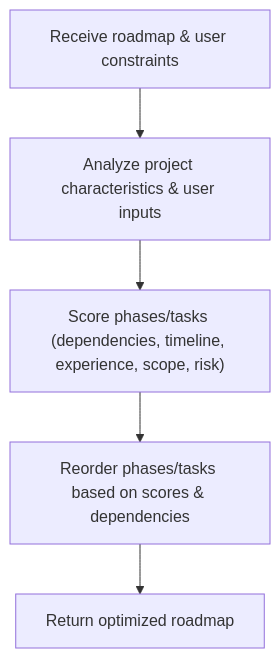
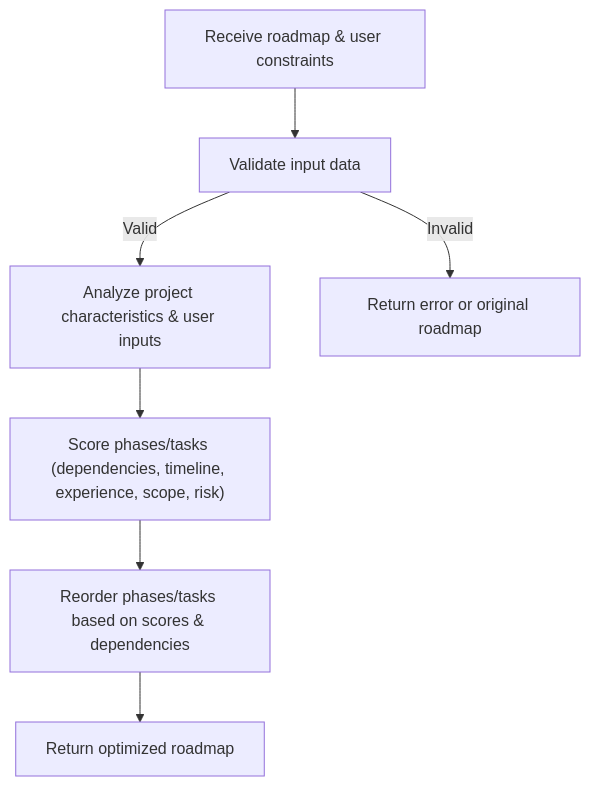
Before and after one commit to MetaU-Capstone-Solomon/project-planner: the second of 5 diagrams in README.md, drawn with Mermaid. The commit also changed other lines of this file, not shown here.

Commit message:
flowchart: enhance stretch goal flowcharts with validation, error handling, and user feedback

````diff
--- a/README.md
+++ b/README.md
@@ -161,7 +163,9 @@
 ```mermaid
 flowchart TD
-  A["Receive roadmap & user constraints"] --> B["Analyze project characteristics & user inputs"]
-  B --> C["Score phases/tasks (dependencies, timeline, experience, scope, risk)"]
-  C --> D["Reorder phases/tasks based on scores & dependencies"]
-  D --> E["Return optimized roadmap"]
+  A["Receive roadmap & user constraints"] --> B["Validate input data"]
+  B -- "Valid" --> C["Analyze project characteristics & user inputs"]
+  B -- "Invalid" --> F["Return error or original roadmap"]
+  C --> D["Score phases/tasks (dependencies, timeline, experience, scope, risk)"]
+  D --> E["Reorder phases/tasks based on scores & dependencies"]
+  E --> G["Return optimized roadmap"]
 ```
````
